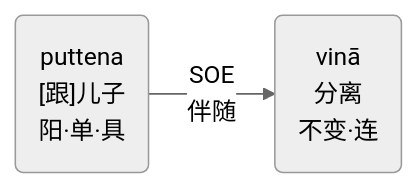
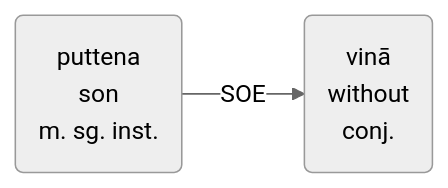
One commit to iapt-platform/pali-handbook changed the second of 2 diagrams in src/basic-relation/instr/instr-soe.md. Above: the diagram before and after it, drawn with Mermaid (neutral theme). The commit also changed other lines of this file and 1 other file, not shown here.

```diff
--- a/src/basic-relation/instr/instr-soe.md
+++ b/src/basic-relation/instr/instr-soe.md
@@ -36,6 +20,6 @@
 <div class="mermaid">
 flowchart LR
-A("puttena<br/>[跟]儿子<br/>阳·单·具")
-B("vinā<br/>分离<br/>不变·连")
-A--"SOE<br/>伴随"-->B
+A("puttena<br/>son<br/>m. sg. inst.")
+B("vinā<br/>without<br/>conj.")
+A--"SOE"-->B
 </div>
```
